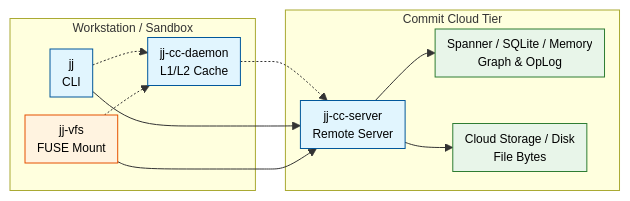
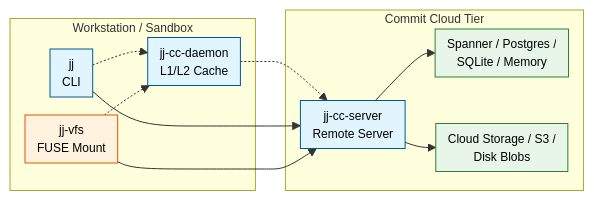
One commit to jj-vcs/jj-commit-cloud changed the first of 2 diagrams in docs/design.md. Above: the diagram before and after it, drawn with Mermaid. The commit also changed other lines of this file and 41 other files, not shown here.

````diff
--- a/docs/design.md
+++ b/docs/design.md
@@ -46,27 +45,27 @@
 ```mermaid
 %%{init: {"themeVariables": {"fontSize": "12px"}, "flowchart": {"nodeSpacing": 18, "rankSpacing": 30, "padding": 6, "diagramPadding": 8}}}%%
 flowchart LR
     classDef proc fill:#e1f5fe,stroke:#01579b,color:#000;
     classDef surface fill:#fff3e0,stroke:#e65100,color:#000;
     classDef storage fill:#e8f5e9,stroke:#2e7d32,color:#000;
 
     subgraph Client["Workstation / Sandbox"]
         Cli["jj<br/>CLI"]:::proc
         Vfs["jj-vfs<br/>FUSE Mount"]:::surface
         Daemon["jj-cc-daemon<br/>L1/L2 Cache"]:::proc
     end
 
     subgraph Cloud["Commit Cloud Tier"]
         Server["jj-cc-server<br/>Remote Server"]:::proc
-        Db["Spanner / SQLite / Memory<br/>Graph & OpLog"]:::storage
-        Obj["Cloud Storage / Disk<br/>File Bytes"]:::storage
+        Db["Spanner / Postgres /<br/>SQLite / Memory"]:::storage
+        Obj["Cloud Storage / S3 /<br/>Disk Blobs"]:::storage
     end
 
     Cli -.-> Daemon
     Vfs -.-> Daemon
     Daemon -.-> Server
     Cli --> Server
     Vfs --> Server
     Server --> Db
     Server --> Obj
 ```
````
